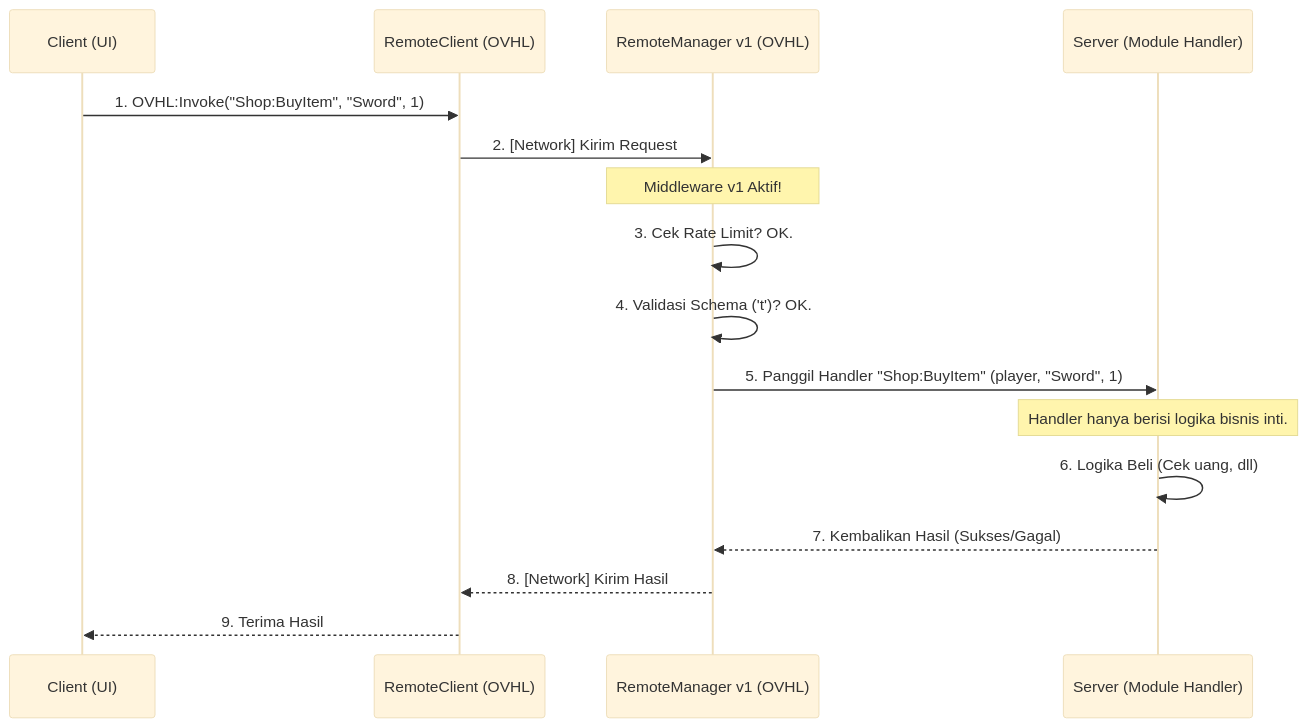
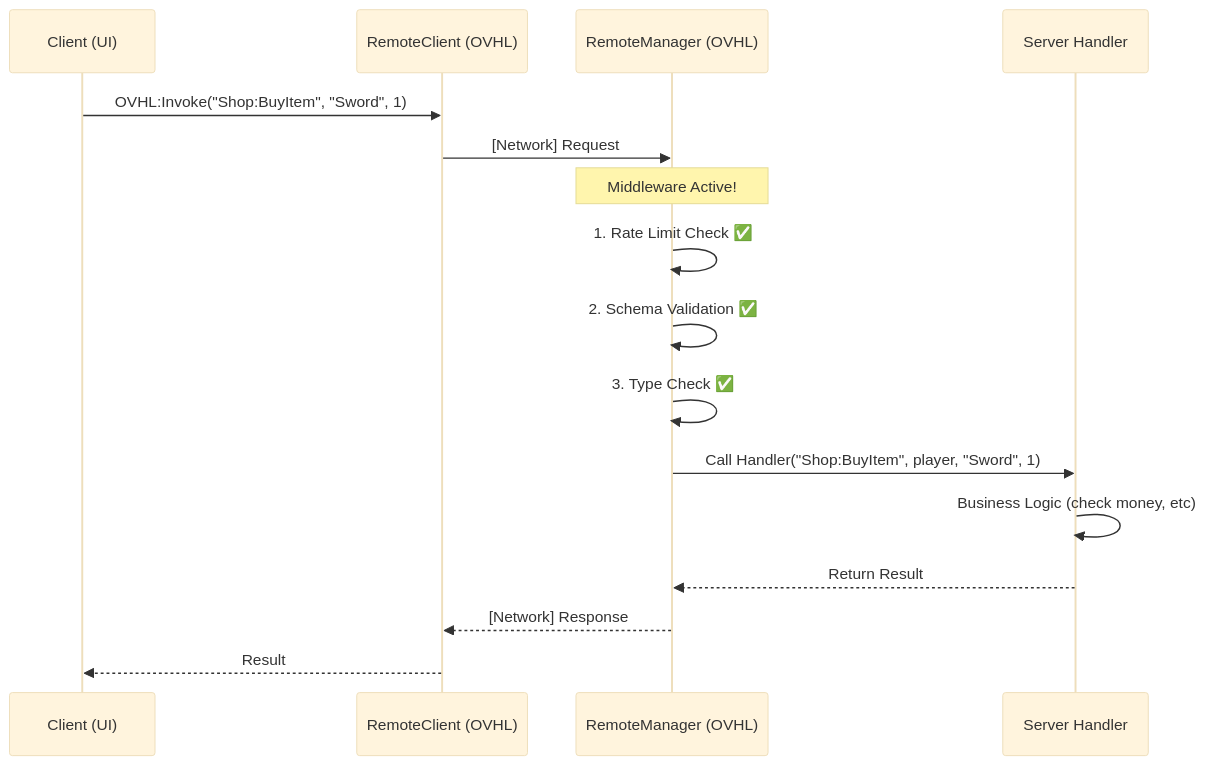
The third of 3 diagrams in docs/blueprint/01_ARCHITECTURE_CORE.md (ovhlstudio/ovhl-core), drawn with Mermaid (base theme) before and after one commit. The commit also changed other lines of this file and 40 other files, not shown here.

````diff
--- a/docs/blueprint/01_ARCHITECTURE_CORE.md
+++ b/docs/blueprint/01_ARCHITECTURE_CORE.md
@@ -265,23 +532,22 @@
 ```mermaid
 sequenceDiagram
     participant C as Client (UI)
     participant RC as RemoteClient (OVHL)
-    participant RM as RemoteManager v1 (OVHL)
-    participant S as Server (Module Handler)
+    participant RM as RemoteManager (OVHL)
+    participant S as Server Handler
 
-    C->>RC: 1. OVHL:Invoke("Shop:BuyItem", "Sword", 1)
-    RC->>RM: 2. [Network] Kirim Request
+    C->>RC: OVHL:Invoke("Shop:BuyItem", "Sword", 1)
+    RC->>RM: [Network] Request
 
-    Note over RM: Middleware v1 Aktif!
-    RM->>RM: 3. Cek Rate Limit? OK.
-    RM->>RM: 4. Validasi Schema ('t')? OK.
+    Note over RM: Middleware Active!
+    RM->>RM: 1. Rate Limit Check ✅
+    RM->>RM: 2. Schema Validation ✅
+    RM->>RM: 3. Type Check ✅
 
-    RM->>S: 5. Panggil Handler "Shop:BuyItem" (player, "Sword", 1)
+    RM->>S: Call Handler("Shop:BuyItem", player, "Sword", 1)
+    S->>S: Business Logic (check money, etc)
+    S-->>RM: Return Result
 
-    Note over S: Handler hanya berisi logika bisnis inti.
-    S->>S: 6. Logika Beli (Cek uang, dll)
-    S-->>RM: 7. Kembalikan Hasil (Sukses/Gagal)
-
-    RM-->>RC: 8. [Network] Kirim Hasil
-    RC-->>C: 9. Terima Hasil
+    RM-->>RC: [Network] Response
+    RC-->>C: Result
 ```
````
